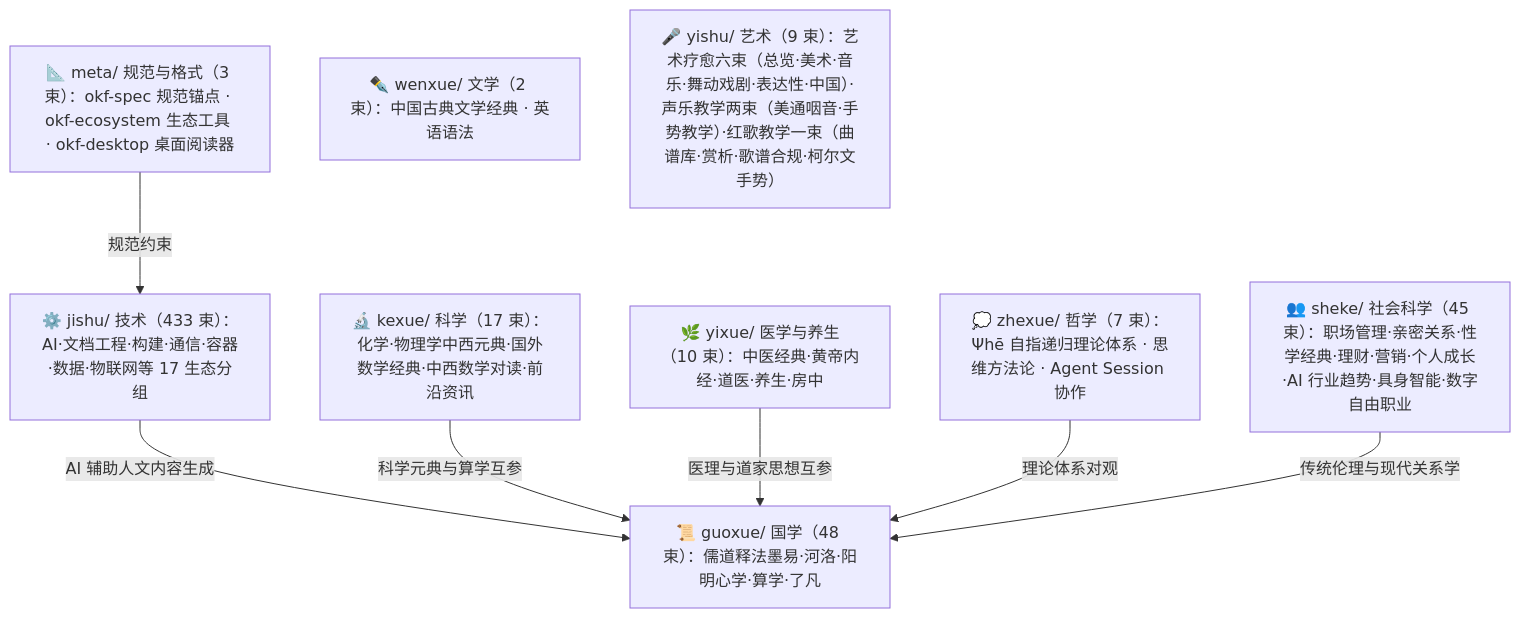
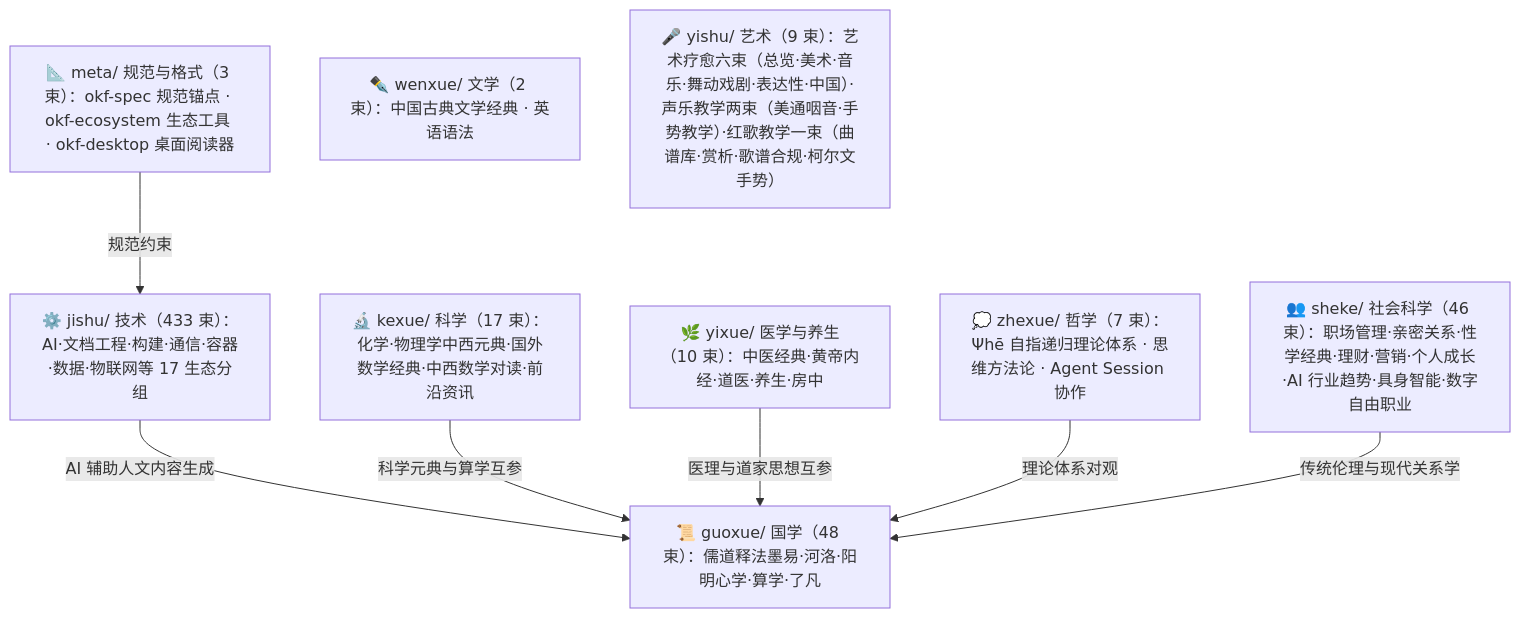
Before and after one commit to awesome-flexloop/awesome-okf: the diagram in doc/bundles/index.md, drawn with Mermaid. The commit also changed other lines of this file and 15 other files, not shown here.

````diff
--- a/doc/bundles/index.md
+++ b/doc/bundles/index.md
@@ -21,18 +21,18 @@
 ```mermaid
 flowchart TD
     meta["📐 meta/ 规范与格式（3 束）：okf-spec 规范锚点 · okf-ecosystem 生态工具 · okf-desktop 桌面阅读器"]
     guoxue["📜 guoxue/ 国学（48 束）：儒道释法墨易·河洛·阳明心学·算学·了凡"]
     zhexue["💭 zhexue/ 哲学（7 束）：Ψhē 自指递归理论体系 · 思维方法论 · Agent Session 协作"]
     kexue["🔬 kexue/ 科学（17 束）：化学·物理学中西元典·国外数学经典·中西数学对读·前沿资讯"]
     wenxue["✒️ wenxue/ 文学（2 束）：中国古典文学经典 · 英语语法"]
     yixue["🌿 yixue/ 医学与养生（10 束）：中医经典·黄帝内经·道医·养生·房中"]
-    sheke["👥 sheke/ 社会科学（45 束）：职场管理·亲密关系·性学经典·理财·营销·个人成长·AI 行业趋势·具身智能·数字自由职业"]
+    sheke["👥 sheke/ 社会科学（46 束）：职场管理·亲密关系·性学经典·理财·营销·个人成长·AI 行业趋势·具身智能·数字自由职业"]
     yishu["🎤 yishu/ 艺术（9 束）：艺术疗愈六束（总览·美术·音乐·舞动戏剧·表达性·中国）·声乐教学两束（美通咽音·手势教学）·红歌教学一束（曲谱库·赏析·歌谱合规·柯尔文手势）"]
     jishu["⚙️ jishu/ 技术（433 束）：AI·文档工程·构建·通信·容器·数据·物联网等 17 生态分组"]
     meta -->|"规范约束"| jishu
     jishu -->|"AI 辅助人文内容生成"| guoxue
     kexue -->|"科学元典与算学互参"| guoxue
     yixue -->|"医理与道家思想互参"| guoxue
     zhexue -->|"理论体系对观"| guoxue
     sheke -->|"传统伦理与现代关系学"| guoxue
 ```
````
